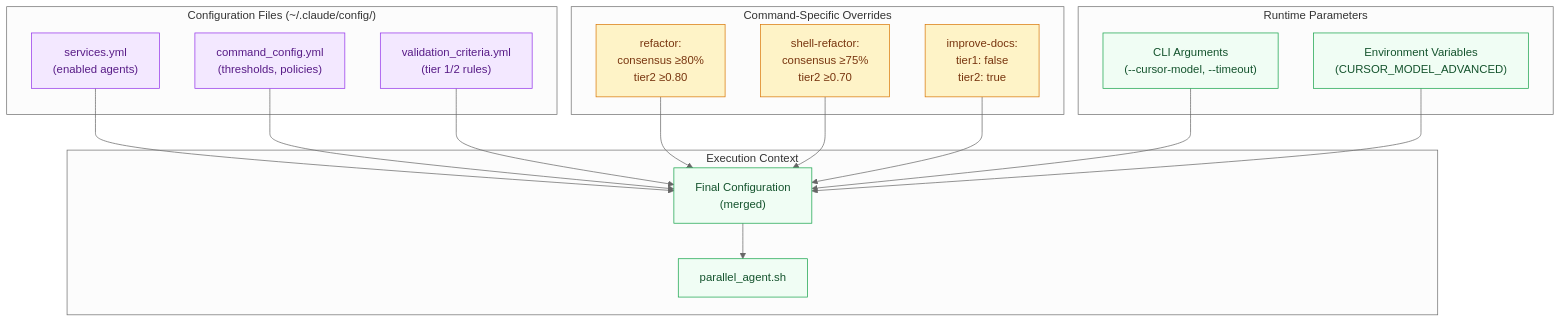
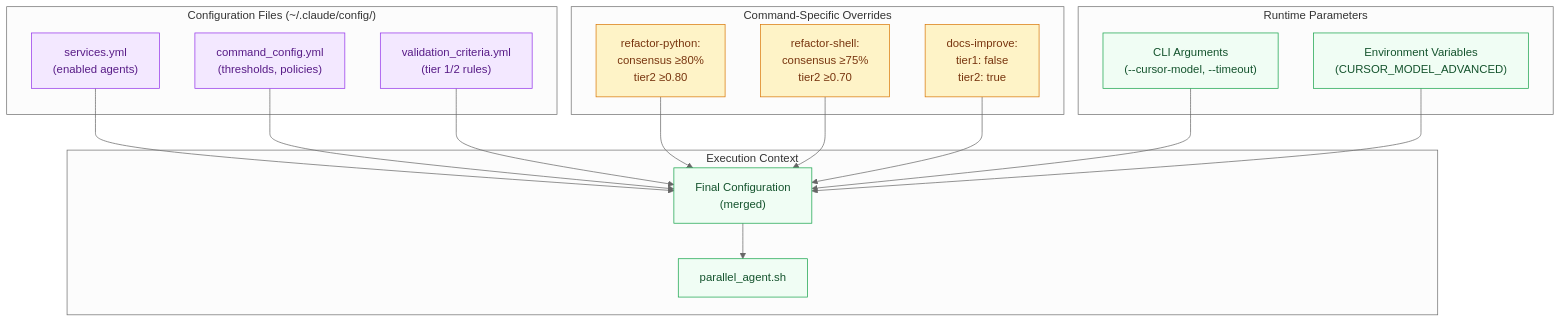
Before and after one commit to RB-chrismandich/Manifest: the seventh of 9 diagrams in docs/ARCHITECTURE_DIAGRAMS.md, drawn with Mermaid. The commit also changed other lines of this file and 41 other files, not shown here.

````diff
--- a/docs/ARCHITECTURE_DIAGRAMS.md
+++ b/docs/ARCHITECTURE_DIAGRAMS.md
@@ -517,42 +517,42 @@
 ```mermaid
 %%{init: {'theme':'neutral'}}%%
 flowchart TB
     classDef config fill:#f3e8ff,stroke:#9333ea,color:#581c87
     classDef override fill:#fef3c7,stroke:#d97706,color:#78350f
     classDef runtime fill:#f0fdf4,stroke:#16a34a,color:#14532d
 
     subgraph "Configuration Files (~/.claude/config/)"
         SERVICES["services.yml<br/>(enabled agents)"]:::config
         COMMAND_CFG["command_config.yml<br/>(thresholds, policies)"]:::config
         VALIDATION["validation_criteria.yml<br/>(tier 1/2 rules)"]:::config
     end
 
     subgraph "Command-Specific Overrides"
-        REFACTOR_OVER["refactor:<br/>consensus ≥80%<br/>tier2 ≥0.80"]:::override
-        SHELL_OVER["shell-refactor:<br/>consensus ≥75%<br/>tier2 ≥0.70"]:::override
-        DOCS_OVER["improve-docs:<br/>tier1: false<br/>tier2: true"]:::override
+        REFACTOR_OVER["refactor-python:<br/>consensus ≥80%<br/>tier2 ≥0.80"]:::override
+        SHELL_OVER["refactor-shell:<br/>consensus ≥75%<br/>tier2 ≥0.70"]:::override
+        DOCS_OVER["docs-improve:<br/>tier1: false<br/>tier2: true"]:::override
     end
 
     subgraph "Runtime Parameters"
         CLI_ARGS["CLI Arguments<br/>(--cursor-model, --timeout)"]:::runtime
         ENV_VARS["Environment Variables<br/>(CURSOR_MODEL_ADVANCED)"]:::runtime
     end
 
     subgraph "Execution Context"
         FINAL_CFG["Final Configuration<br/>(merged)"]:::runtime
         ORCHESTRATOR["parallel_agent.sh"]:::runtime
     end
 
     SERVICES --> FINAL_CFG
     COMMAND_CFG --> FINAL_CFG
     VALIDATION --> FINAL_CFG
 
     REFACTOR_OVER --> FINAL_CFG
     SHELL_OVER --> FINAL_CFG
     DOCS_OVER --> FINAL_CFG
 
     CLI_ARGS --> FINAL_CFG
     ENV_VARS --> FINAL_CFG
 
     FINAL_CFG --> ORCHESTRATOR
 ```
````
